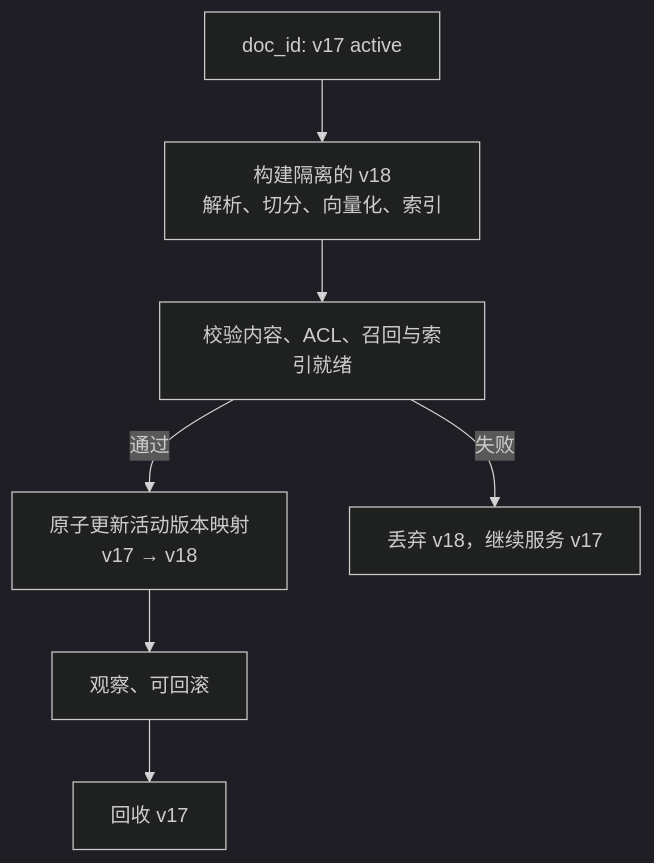
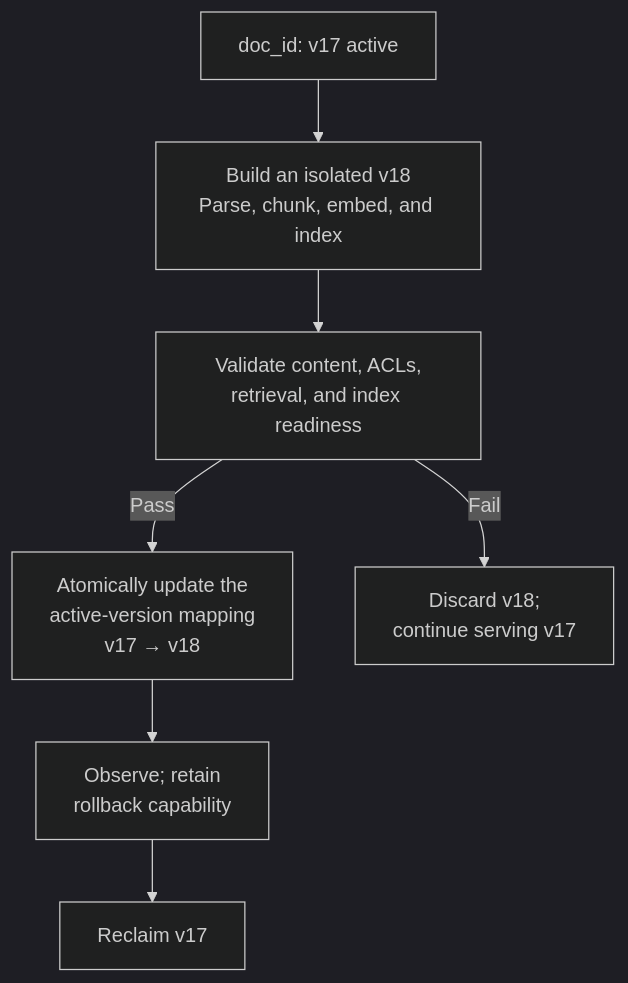
One commit to oneleaveknowsthefall/awesome-ai-roadmap changed the second of 3 diagrams in docs/rag/06-operations-security/19-dynamic-update.md. Above: the diagram before and after it, drawn with Mermaid (dark theme). The commit also changed other lines of this file and 60 other files, not shown here.

````diff
--- a/docs/rag/06-operations-security/19-dynamic-update.md
+++ b/docs/rag/06-operations-security/19-dynamic-update.md
@@ -52,9 +52,9 @@
 ```mermaid
 flowchart TB
-    A[doc_id: v17 active] --> B[构建隔离的 v18<br/>解析、切分、向量化、索引]
-    B --> C[校验内容、ACL、召回与索引就绪]
-    C -->|通过| D[原子更新活动版本映射<br/>v17 → v18]
-    C -->|失败| E[丢弃 v18，继续服务 v17]
-    D --> F[观察、可回滚]
-    F --> G[回收 v17]
+    A[doc_id: v17 active] --> B[Build an isolated v18<br/>Parse, chunk, embed, and index]
+    B --> C[Validate content, ACLs,<br/>retrieval, and index readiness]
+    C -->|Pass| D[Atomically update the<br/>active-version mapping<br/>v17 → v18]
+    C -->|Fail| E[Discard v18;<br/>continue serving v17]
+    D --> F[Observe; retain<br/>rollback capability]
+    F --> G[Reclaim v17]
 ```
````
